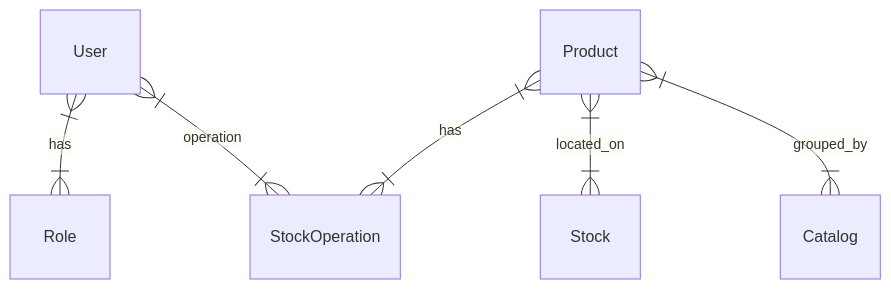
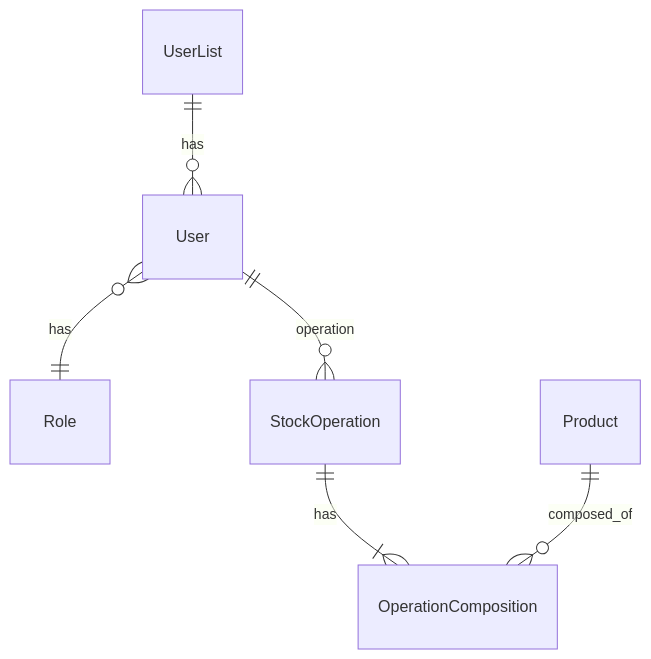
Before and after one commit to PortnovAlex80/node_js_pro: the third of 9 diagrams in README.md, drawn with Mermaid. The commit also changed other lines of this file, not shown here.

````diff
--- a/README.md
+++ b/README.md
@@ -470,9 +477,9 @@
 ```mermaid
 erDiagram
-    User }|--|{ Role : has
-    User }|--|{ StockOperation : operation
-    Product }|--|{ StockOperation : has
-    Product }|--|{ Stock : located_on
-	Product }|--|{ Catalog: grouped_by
-    
+    UserList ||--o{ User : has
+    User }o--|| Role : has 
+
+    User ||--o{ StockOperation : operation
+    StockOperation ||--|{ OperationComposition : has
+	Product ||--o{ OperationComposition : composed_of
 ```
````
